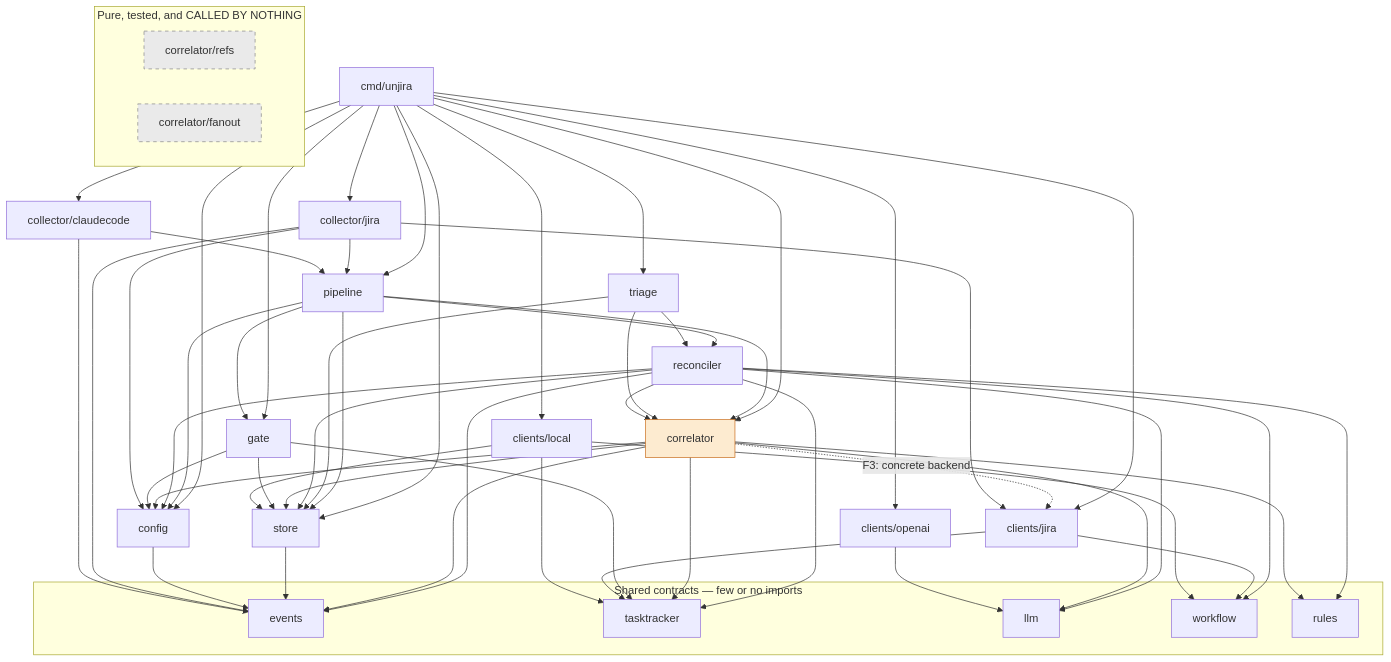
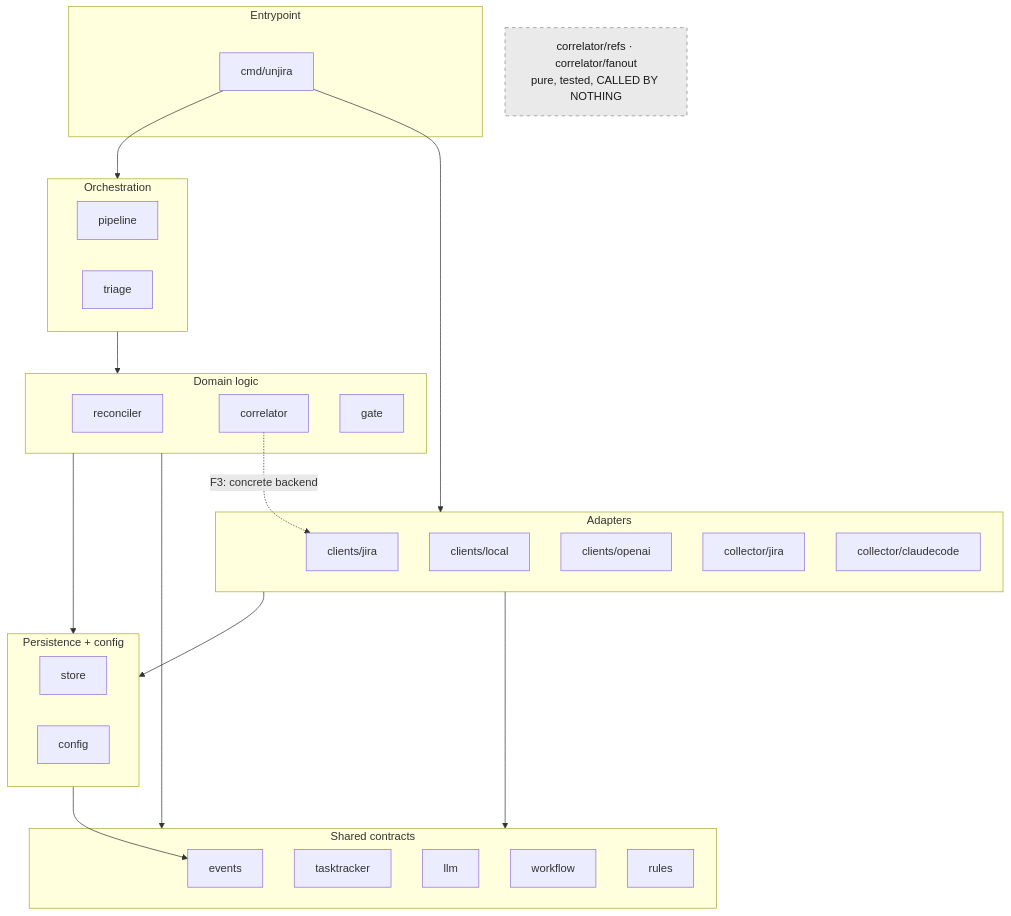
One commit to jcogilvie/unjira changed the fourth of 4 diagrams in docs/architecture.md. Above: the diagram before and after it, drawn with Mermaid. The commit also changed other lines of this file, not shown here.

````diff
--- a/docs/architecture.md
+++ b/docs/architecture.md
@@ -192,50 +190,58 @@
 ```mermaid
-flowchart TD
-    CMD["cmd/unjira"]
-    PIPE["pipeline"]
-    TRIAGE["triage"]
-    RECON["reconciler"]
-    CORR["correlator"]
-    GATE["gate"]
-    STORE["store"]
-    CONFIG["config"]
-    CJIRA["clients/jira"]
-    CLOCAL["clients/local"]
-    COAI["clients/openai"]
-    COLLJ["collector/jira"]
-    COLLC["collector/claudecode"]
+---
+config:
+  nodeSpacing: 45
+  rankSpacing: 60
+---
+flowchart TB
+    subgraph L1["Entrypoint"]
+        CMD["cmd/unjira"]
+    end
 
-    subgraph contracts["Shared contracts — few or no imports"]
+    subgraph L2["Orchestration"]
+        PIPE["pipeline"]
+        TRIAGE["triage"]
+    end
+
+    subgraph L3["Domain logic"]
+        RECON["reconciler"]
+        CORR["correlator"]
+        GATE["gate"]
+    end
+
+    subgraph L4["Adapters"]
+        CJIRA["clients/jira"]
+        CLOCAL["clients/local"]
+        COAI["clients/openai"]
+        COLLJ["collector/jira"]
+        COLLC["collector/claudecode"]
+    end
+
+    subgraph L5["Persistence + config"]
+        STORE["store"]
+        CONFIG["config"]
+    end
+
+    subgraph L6["Shared contracts"]
         EVENTS["events"]
         TT["tasktracker"]
         LLM["llm"]
         WF["workflow"]
         RULES["rules"]
     end
 
-    subgraph orphans["Pure, tested, and CALLED BY NOTHING"]
-        REFS["correlator/refs"]
-        FANOUT["correlator/fanout"]
-    end
+    ORPHAN["correlator/refs · correlator/fanout<br/>pure, tested, CALLED BY NOTHING"]
 
-    CMD --> PIPE & TRIAGE & GATE & CORR & STORE & CONFIG
-    CMD --> CJIRA & CLOCAL & COAI & COLLJ & COLLC
-    PIPE --> RECON & CORR & GATE & STORE & CONFIG
-    TRIAGE --> RECON & CORR & STORE
-    RECON --> CORR & STORE & CONFIG & WF & LLM & RULES & EVENTS & TT
-    CORR --> STORE & CONFIG & LLM & RULES & EVENTS & TT
+    CMD --> L2
+    CMD --> L4
+    L2 --> L3
+    L3 --> L5
+    L3 --> L6
+    L4 --> L5
+    L4 --> L6
+    L5 --> EVENTS
     CORR -.->|"F3: concrete backend"| CJIRA
-    GATE --> STORE & CONFIG & TT
-    STORE --> EVENTS
-    CONFIG --> EVENTS
-    CJIRA --> TT & WF
-    CLOCAL --> STORE & TT & WF
-    COAI --> LLM
-    COLLJ --> CJIRA & CONFIG & EVENTS & PIPE
-    COLLC --> EVENTS & PIPE
 
-    classDef orphan fill:#eaeaea,stroke:#888,stroke-dasharray: 5 5
-    classDef tension fill:#fdebd0,stroke:#ca6f1e
-    class REFS,FANOUT orphan
-    class CORR tension
+    classDef orphan fill:#eaeaea,stroke:#888,stroke-dasharray: 5 5,color:#1a1a1a
+    class ORPHAN orphan
 ```
````
